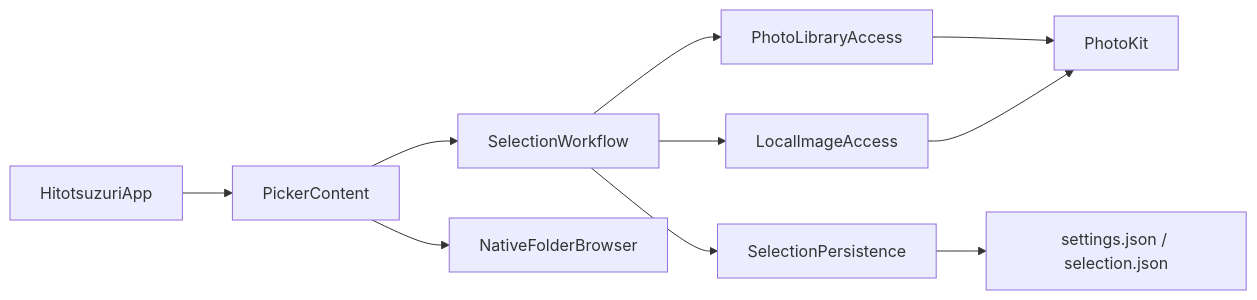
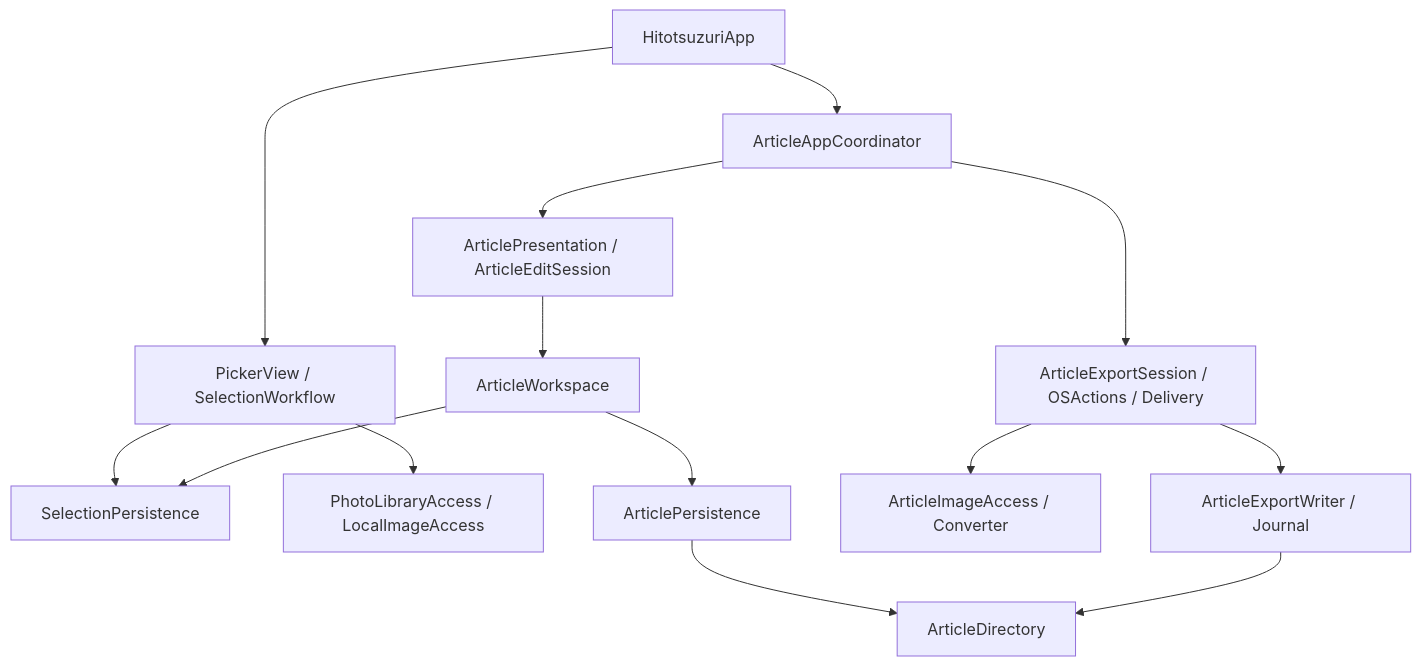
One commit to yokochie/hitotsuzuri changed the first of 2 diagrams in aidlc/spaces/default/codekb/hitotsuzuri/architecture.md. Above: the diagram before and after it, drawn with Mermaid. The commit also changed other lines of this file and 18 other files, not shown here.

Commit message:
Record approved article access fix requirements

````diff
--- a/aidlc/spaces/default/codekb/hitotsuzuri/architecture.md
+++ b/aidlc/spaces/default/codekb/hitotsuzuri/architecture.md
@@ -12,12 +7,16 @@
 ```mermaid
-flowchart LR
-  App["HitotsuzuriApp"] --> UI["PickerContent"]
-  UI --> W["SelectionWorkflow"]
-  UI --> N["NativeFolderBrowser"]
-  W --> L["PhotoLibraryAccess"]
-  W --> I["LocalImageAccess"]
-  W --> P["SelectionPersistence"]
-  L --> Photos["PhotoKit"]
-  I --> Photos
-  P --> JSON["settings.json / selection.json"]
+flowchart TD
+    App["HitotsuzuriApp"] --> Picker["PickerView / SelectionWorkflow"]
+    App --> Coordinator["ArticleAppCoordinator"]
+    Picker --> Selection["SelectionPersistence"]
+    Picker --> Photos["PhotoLibraryAccess / LocalImageAccess"]
+    Coordinator --> Presentation["ArticlePresentation / ArticleEditSession"]
+    Presentation --> Workspace["ArticleWorkspace"]
+    Workspace --> Selection
+    Workspace --> Articles["ArticlePersistence"]
+    Coordinator --> Export["ArticleExportSession / OSActions / Delivery"]
+    Export --> Images["ArticleImageAccess / Converter"]
+    Export --> Writer["ArticleExportWriter / Journal"]
+    Articles --> Files["ArticleDirectory"]
+    Writer --> Files
 ```
````
